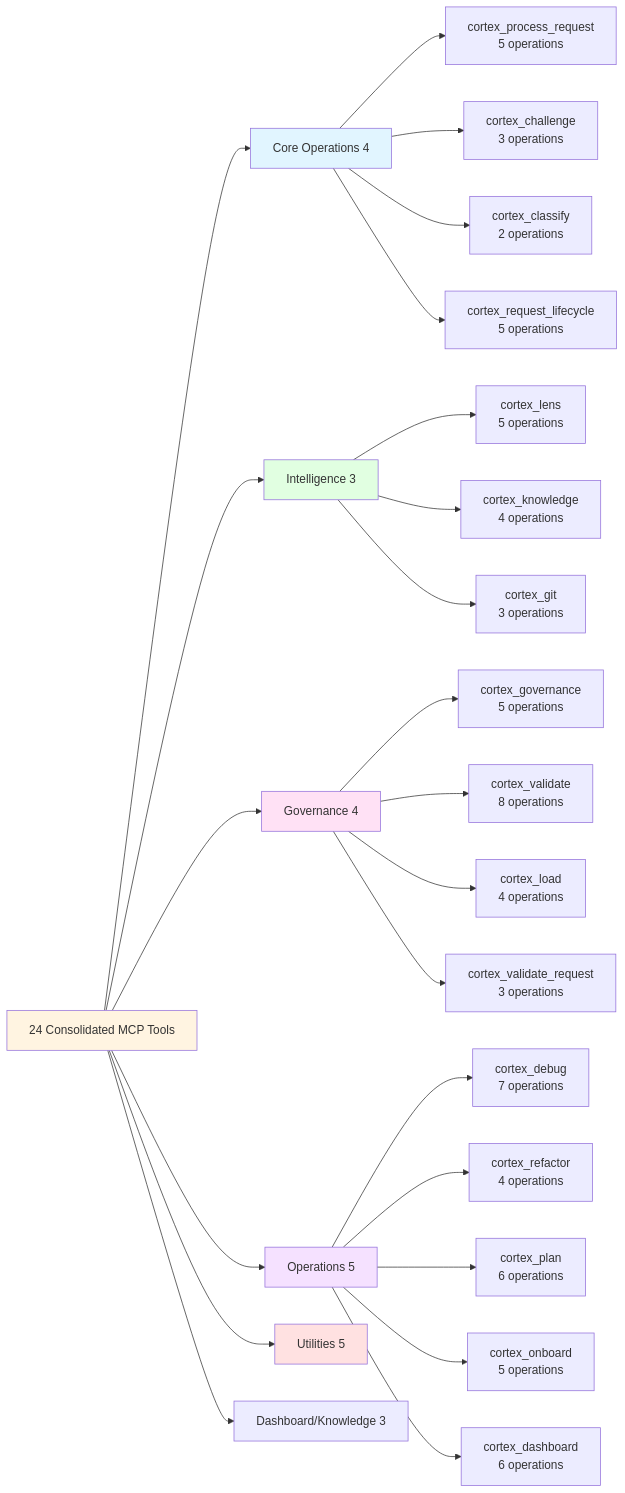
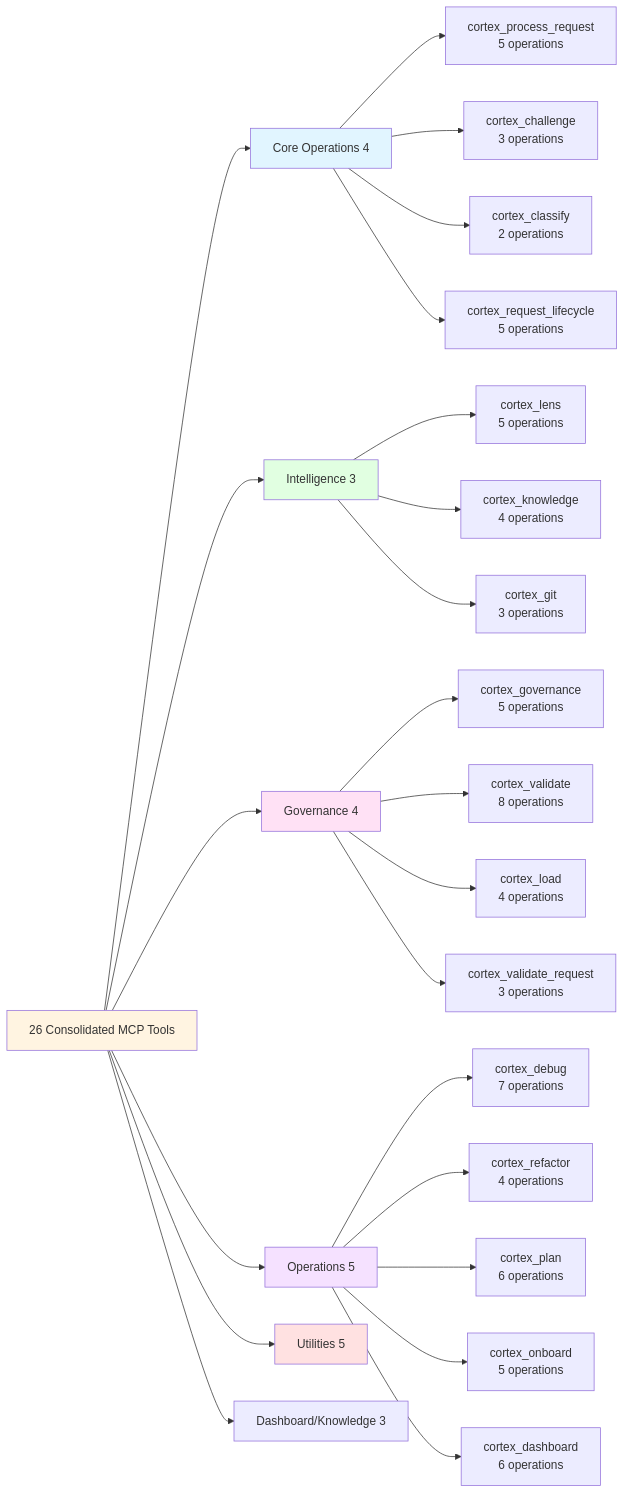
One commit to asifhussain60/CORTEX changed the second of 3 diagrams in _workspaces/cortex-architecture/diagrams/data-flow.md. Above: the diagram before and after it, drawn with Mermaid. The commit also changed other lines of this file and 23 other files, not shown here.

First line of the commit message:
docs: Align cortex-architecture with reality (v2.1.0)

````diff
--- a/_workspaces/cortex-architecture/diagrams/data-flow.md
+++ b/_workspaces/cortex-architecture/diagrams/data-flow.md
@@ -45,36 +45,36 @@
 ```mermaid
 graph LR
-    A[24 Consolidated MCP Tools] --> B[Core Operations 4]
+    A[26 Consolidated MCP Tools] --> B[Core Operations 4]
     A --> C[Intelligence 3]
     A --> D[Governance 4]
     A --> E[Operations 5]
     A --> F[Utilities 5]
     A --> G[Dashboard/Knowledge 3]
     
     B --> B1[cortex_process_request<br/>5 operations]
     B --> B2[cortex_challenge<br/>3 operations]
     B --> B3[cortex_classify<br/>2 operations]
     B --> B4[cortex_request_lifecycle<br/>5 operations]
     
     C --> C1[cortex_lens<br/>5 operations]
     C --> C2[cortex_knowledge<br/>4 operations]
     C --> C3[cortex_git<br/>3 operations]
     
     D --> D1[cortex_governance<br/>5 operations]
     D --> D2[cortex_validate<br/>8 operations]
     D --> D3[cortex_load<br/>4 operations]
     D --> D4[cortex_validate_request<br/>3 operations]
     
     E --> E1[cortex_debug<br/>7 operations]
     E --> E2[cortex_refactor<br/>4 operations]
     E --> E3[cortex_plan<br/>6 operations]
     E --> E4[cortex_onboard<br/>5 operations]
     E --> E5[cortex_dashboard<br/>6 operations]
     
     style A fill:#fff4e1
     style B fill:#e1f5ff
     style C fill:#e1ffe1
     style D fill:#ffe1f5
     style E fill:#f5e1ff
     style F fill:#ffe1e1
 ```
````
